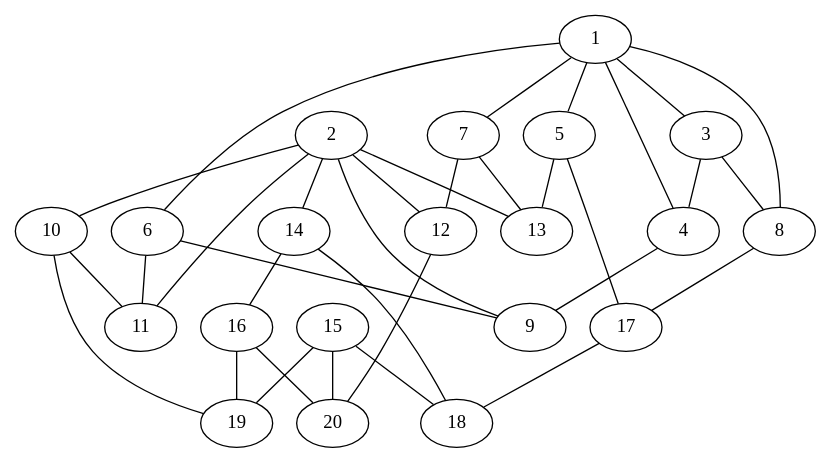
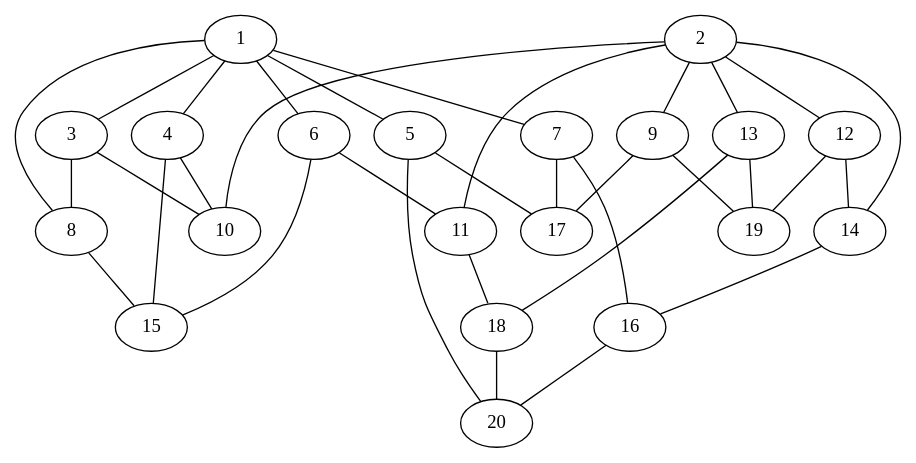
One commit to markusju/ava-u2 changed the diagram in file.dot. Above: the diagram before and after it, drawn with Graphviz. The commit also changed 3 other files, not shown here.

```diff
--- a/file.dot
+++ b/file.dot
@@ -1,35 +1,35 @@
 graph G {
-10 -- 11;
+5 -- 20;
+12 -- 14;
 14 -- 16;
-6 -- 9;
-16 -- 19;
-14 -- 18;
+18 -- 20;
 16 -- 20;
-4 -- 9;
 6 -- 11;
+4 -- 10;
 2 -- 9;
+8 -- 15;
+12 -- 19;
 2 -- 10;
-12 -- 20;
 2 -- 11;
-8 -- 17;
-10 -- 19;
+6 -- 15;
 2 -- 12;
 2 -- 13;
+4 -- 15;
 2 -- 14;
-3 -- 4;
-17 -- 18;
 1 -- 3;
 1 -- 4;
-15 -- 18;
 1 -- 5;
-15 -- 19;
 1 -- 6;
 3 -- 8;
-7 -- 12;
-15 -- 20;
+13 -- 18;
 1 -- 7;
-7 -- 13;
+13 -- 19;
 1 -- 8;
-5 -- 13;
+3 -- 10;
+11 -- 18;
+9 -- 17;
+7 -- 16;
+7 -- 17;
+9 -- 19;
 5 -- 17;
 }
```
